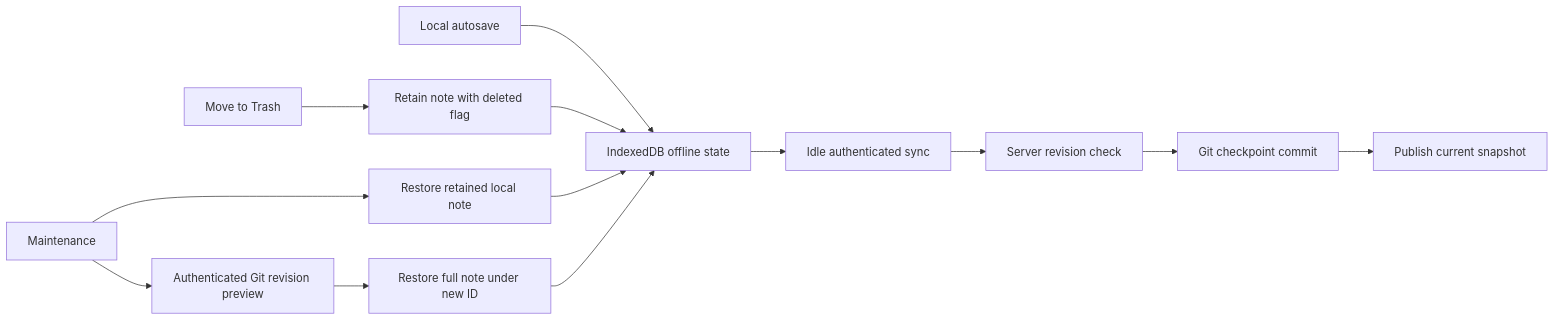
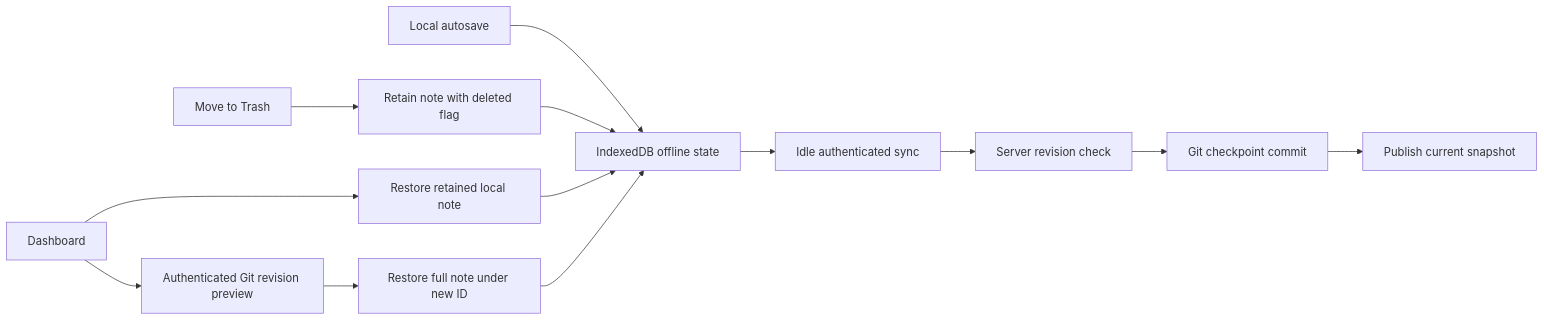
Before and after one commit to uttampc1/leafnote: the seventh of 7 diagrams in docs/ARCHITECTURE.md, drawn with Mermaid. The commit also changed other lines of this file and 43 other files, not shown here.

````diff
--- a/docs/ARCHITECTURE.md
+++ b/docs/ARCHITECTURE.md
@@ -147,15 +147,15 @@
 ```mermaid
 flowchart LR
   Edit[Local autosave] --> IDB[IndexedDB offline state]
   IDB --> Sync[Idle authenticated sync]
   Sync --> CAS[Server revision check]
   CAS --> Git[Git checkpoint commit]
   Git --> Current[Publish current snapshot]
   Delete[Move to Trash] --> Flag[Retain note with deleted flag]
   Flag --> IDB
-  Menu[Maintenance] --> Trash[Restore retained local note]
+  Menu[Dashboard] --> Trash[Restore retained local note]
   Menu --> History[Authenticated Git revision preview]
   History --> Copy[Restore full note under new ID]
   Trash --> IDB
   Copy --> IDB
 ```
````
